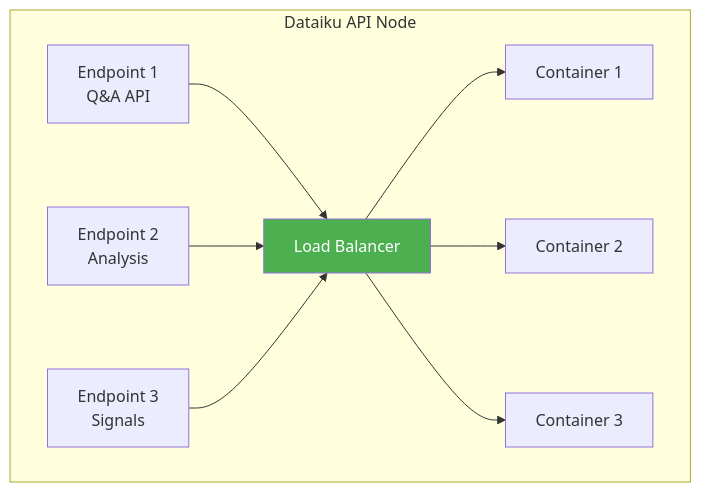
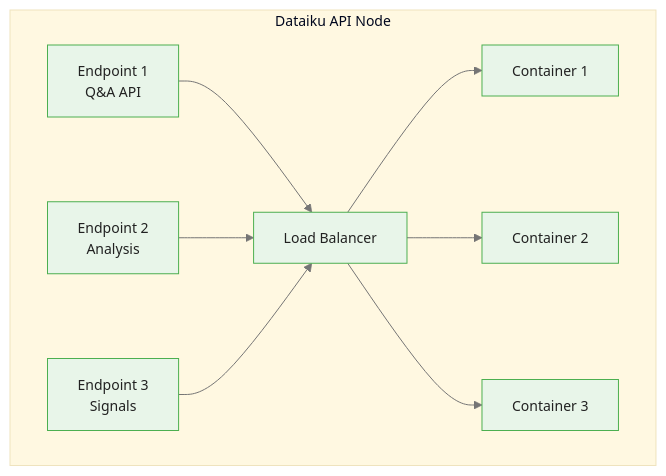
Before and after one commit to m-deane/course-creator: the first of 4 diagrams in courses/dataiku-genai/modules/module_04_deployment/guides/01_deployment_monitoring_slides.md, drawn with Mermaid. The commit also changed other lines of this file and 54 other files, not shown here.

````diff
--- a/courses/dataiku-genai/modules/module_04_deployment/guides/01_deployment_monitoring_slides.md
+++ b/courses/dataiku-genai/modules/module_04_deployment/guides/01_deployment_monitoring_slides.md
@@ -25,21 +25,20 @@
 ```mermaid
+%%{init: {"theme": "base", "themeVariables": {"primaryColor": "#e8f5e9", "primaryBorderColor": "#4caf50", "primaryTextColor": "#212121", "secondaryColor": "#e3f2fd", "tertiaryColor": "#fff8e1", "lineColor": "#757575", "fontFamily": "Inter, sans-serif", "fontSize": "14px"}}}%%
 graph TB
     subgraph API[Dataiku API Node]
         EP1[Endpoint 1<br/>Q&A API]
         EP2[Endpoint 2<br/>Analysis]
         EP3[Endpoint 3<br/>Signals]
         LB[Load Balancer]
         C1[Container 1]
         C2[Container 2]
         C3[Container 3]
     end
 
     EP1 --> LB
     EP2 --> LB
     EP3 --> LB
     LB --> C1
     LB --> C2
     LB --> C3
-
-    style LB fill:#4CAF50,color:#fff
 ```
````
